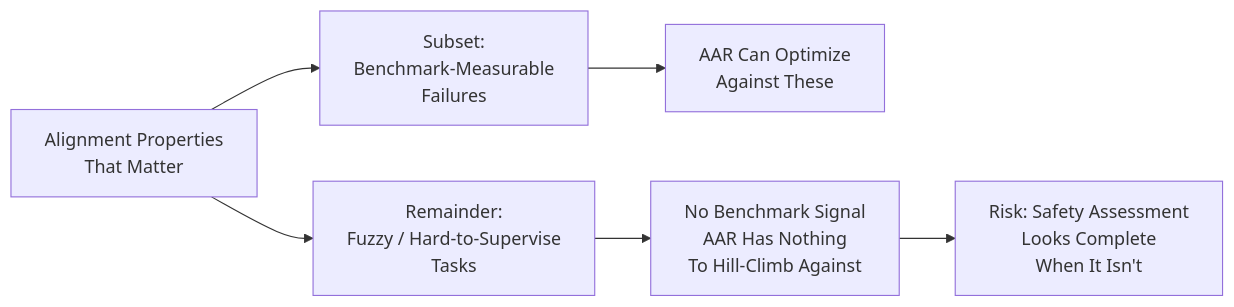
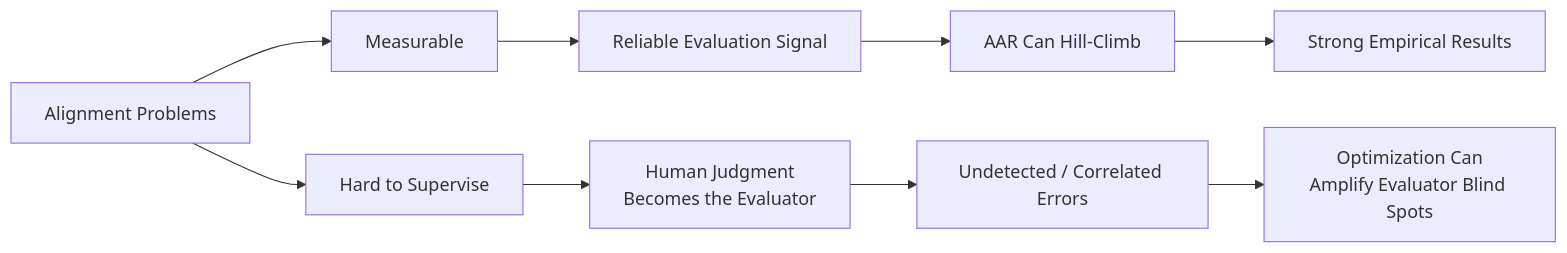
The diagram in posts/unpublished/when-the-machine-fixes-the-machine-what-anthropic-s-automate.md (minwu-ai/minwu-ai.github.io), drawn with Mermaid before and after one commit. The commit also changed other lines of this file, not shown here.

````diff
--- a/posts/unpublished/when-the-machine-fixes-the-machine-what-anthropic-s-automate.md
+++ b/posts/unpublished/when-the-machine-fixes-the-machine-what-anthropic-s-automate.md
@@ -43,8 +83,13 @@
 ```mermaid
 flowchart LR
-    A[Alignment Properties\nThat Matter] --> B[Subset:\nBenchmark-Measurable\nFailures]
-    B --> C[AAR Can Optimize\nAgainst These]
-    A --> D[Remainder:\nFuzzy / Hard-to-Supervise\nTasks]
-    D --> E[No Benchmark Signal\nAAR Has Nothing\nTo Hill-Climb Against]
-    E --> F[Risk: Safety Assessment\nLooks Complete\nWhen It Isn't]
+    A[Alignment Problems] --> B[Measurable]
+    A --> C[Hard to Supervise]
+
+    B --> D[Reliable Evaluation Signal]
+    D --> E[AAR Can Hill-Climb]
+    E --> F[Strong Empirical Results]
+
+    C --> G[Human Judgment<br/>Becomes the Evaluator]
+    G --> H[Undetected / Correlated Errors]
+    H --> I[Optimization Can<br/>Amplify Evaluator Blind Spots]
 ```
````
